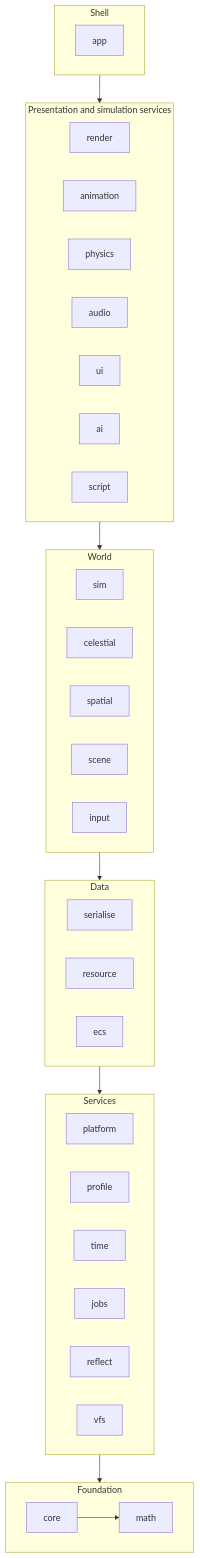
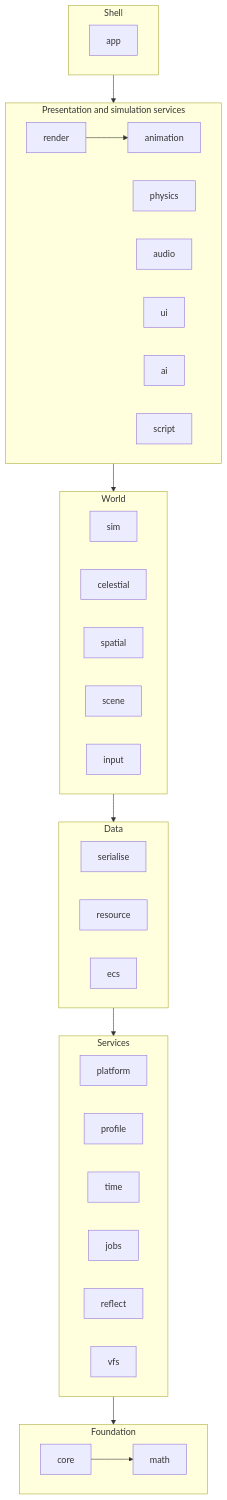
Before and after one commit to ivanhawkes/jettison: the diagram in docs/architecture.md, drawn with Mermaid. The commit also changed other lines of this file and 88 other files, not shown here.

First line of the commit message:
Layout: Renderer becomes engine/{app,render,animation}, with the clip player out of Model

````diff
--- a/docs/architecture.md
+++ b/docs/architecture.md
@@ -92,26 +110,27 @@
 ```mermaid
 flowchart TB
     subgraph T0[Foundation]
         core --> math
     end
     subgraph T1[Services]
         platform; profile; time; jobs; reflect; vfs
     end
     subgraph T2[Data]
         serialise; resource; ecs
     end
     subgraph T3[World]
         sim; celestial; spatial; scene; input
     end
     subgraph T4[Presentation and simulation services]
-        render; animation; physics; audio; ui; ai; script
+        render --> animation
+        physics; audio; ui; ai; script
     end
     subgraph T5[Shell]
         app
     end
     T1 --> T0
     T2 --> T1
     T3 --> T2
     T4 --> T3
     T5 --> T4
 ```
````
